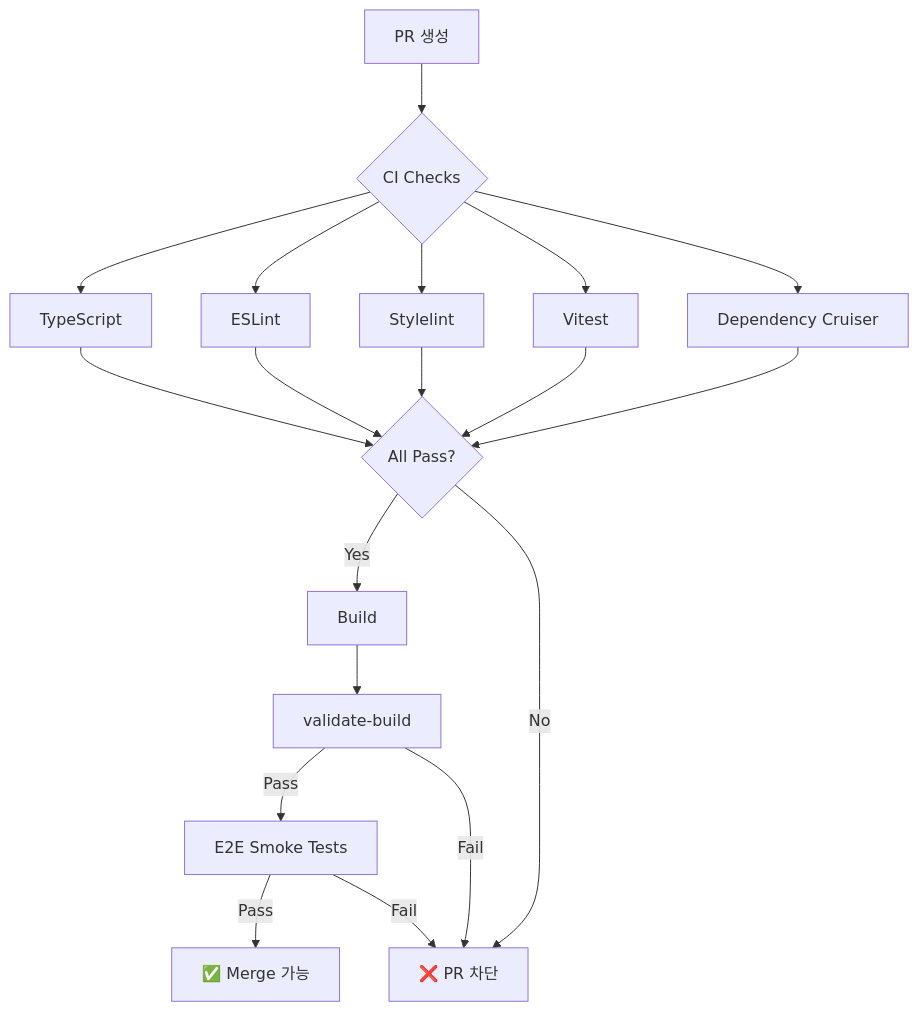
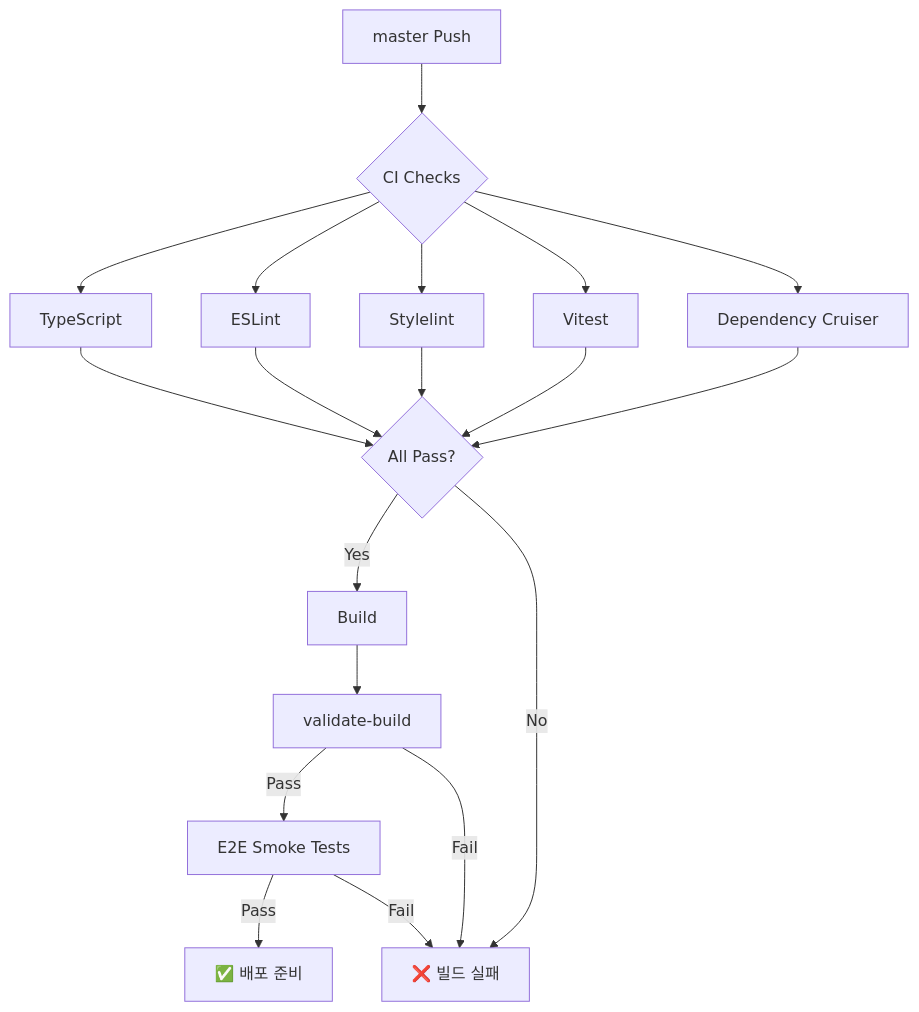
One commit to PiesP/xcom-enhanced-gallery changed the diagram in docs/CODE_QUALITY.md. Above: the diagram before and after it, drawn with Mermaid. The commit also changed other lines of this file and 23 other files, not shown here.

````diff
--- a/docs/CODE_QUALITY.md
+++ b/docs/CODE_QUALITY.md
@@ -288,25 +288,25 @@
 ```mermaid
 graph TD
-    A[PR 생성] --> B{CI Checks}
+    A[master Push] --> B{CI Checks}
     B --> C[TypeScript]
     B --> D[ESLint]
     B --> E[Stylelint]
     B --> F[Vitest]
     B --> G[Dependency Cruiser]
 
     C --> H{All Pass?}
     D --> H
     E --> H
     F --> H
     G --> H
 
     H -->|Yes| I[Build]
-    H -->|No| J[❌ PR 차단]
+    H -->|No| J[❌ 빌드 실패]
 
     I --> K[validate-build]
     K -->|Pass| L[E2E Smoke Tests]
     K -->|Fail| J
 
-    L -->|Pass| M[✅ Merge 가능]
+    L -->|Pass| M[✅ 배포 준비]
     L -->|Fail| J
 ```
````
